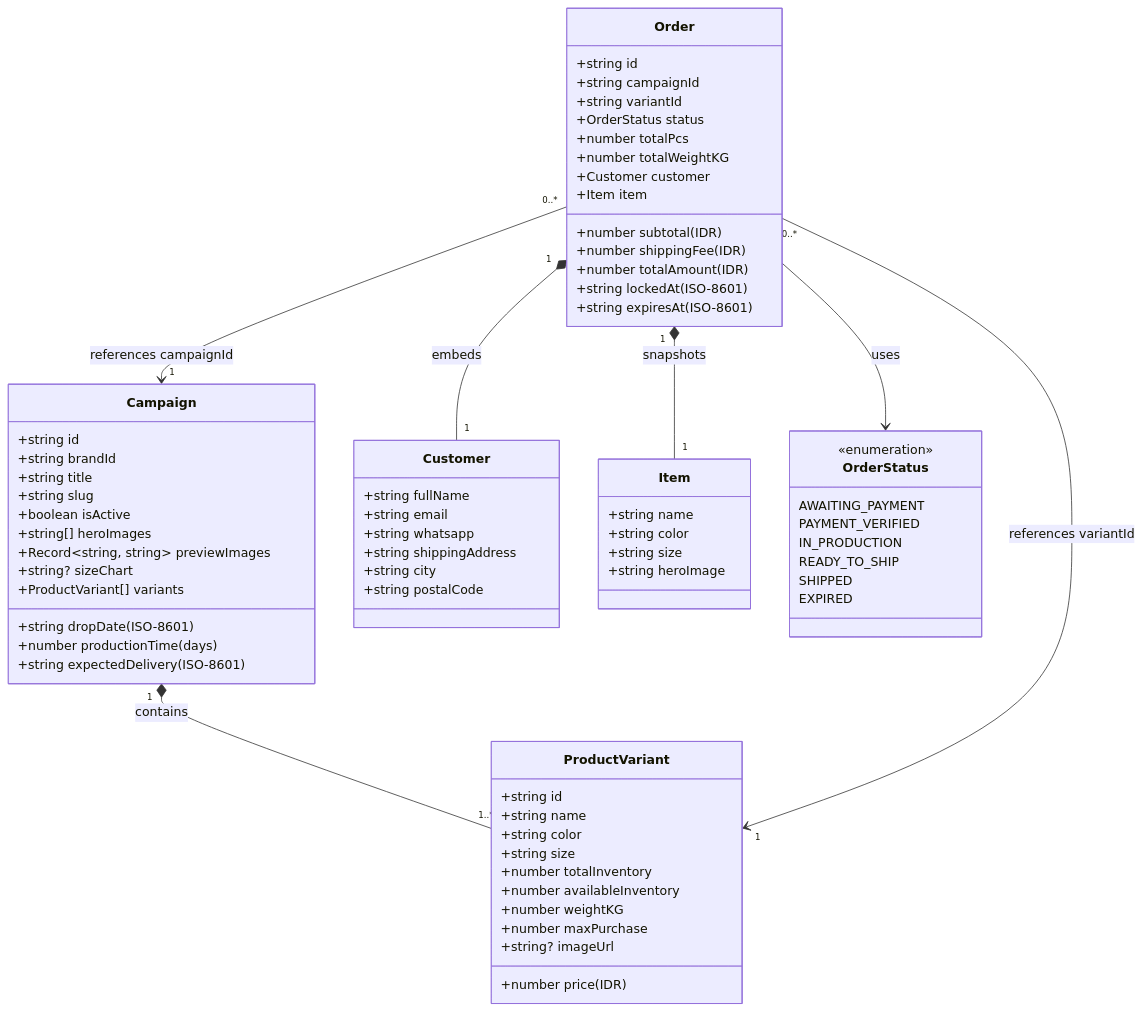
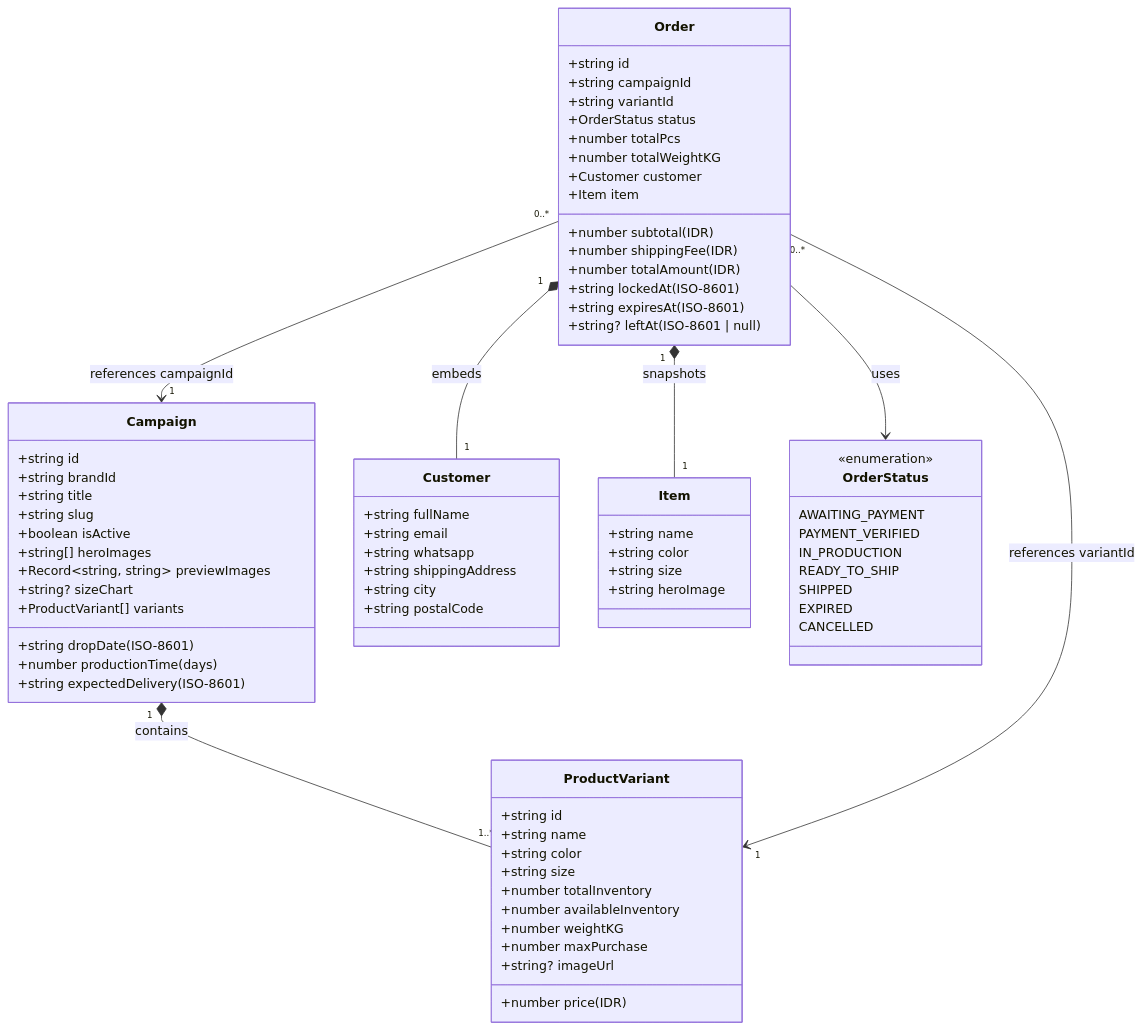
One commit to mickoSugianto/launchqueue changed the third of 10 diagrams in SYSTEM_DESIGN.md. Above: the diagram before and after it, drawn with Mermaid. The commit also changed other lines of this file and 27 other files, not shown here.

First line of the commit message:
feat: add checkout abandonment flow, MSW recovery, and receipt cache sync

````diff
--- a/SYSTEM_DESIGN.md
+++ b/SYSTEM_DESIGN.md
@@ -137,79 +143,81 @@
 ```mermaid
 classDiagram
     class Campaign {
         +string id
         +string brandId
         +string title
         +string slug
         +string dropDate (ISO-8601)
         +number productionTime (days)
         +string expectedDelivery (ISO-8601)
         +boolean isActive
         +string[] heroImages
         +Record~string, string~ previewImages
         +string? sizeChart
         +ProductVariant[] variants
     }
 
     class ProductVariant {
         +string id
         +string name
         +string color
         +string size
         +number price (IDR)
         +number totalInventory
         +number availableInventory
         +number weightKG
         +number maxPurchase
         +string? imageUrl
     }
 
     class Order {
         +string id
         +string campaignId
         +string variantId
         +OrderStatus status
         +number totalPcs
         +number totalWeightKG
         +number subtotal (IDR)
         +number shippingFee (IDR)
         +number totalAmount (IDR)
         +string lockedAt (ISO-8601)
         +string expiresAt (ISO-8601)
+        +string? leftAt (ISO-8601 | null)
         +Customer customer
         +Item item
     }
 
     class Customer {
         +string fullName
         +string email
         +string whatsapp
         +string shippingAddress
         +string city
         +string postalCode
     }
 
     class Item {
         +string name
         +string color
         +string size
         +string heroImage
     }
 
     class OrderStatus {
         <<enumeration>>
         AWAITING_PAYMENT
         PAYMENT_VERIFIED
         IN_PRODUCTION
         READY_TO_SHIP
         SHIPPED
         EXPIRED
+        CANCELLED
     }
 
     Campaign "1" *-- "1..*" ProductVariant : contains
     Order "0..*" --> "1" Campaign : references campaignId
     Order "0..*" --> "1" ProductVariant : references variantId
     Order "1" *-- "1" Customer : embeds
     Order "1" *-- "1" Item : snapshots
     Order --> OrderStatus : uses
 ```
````
